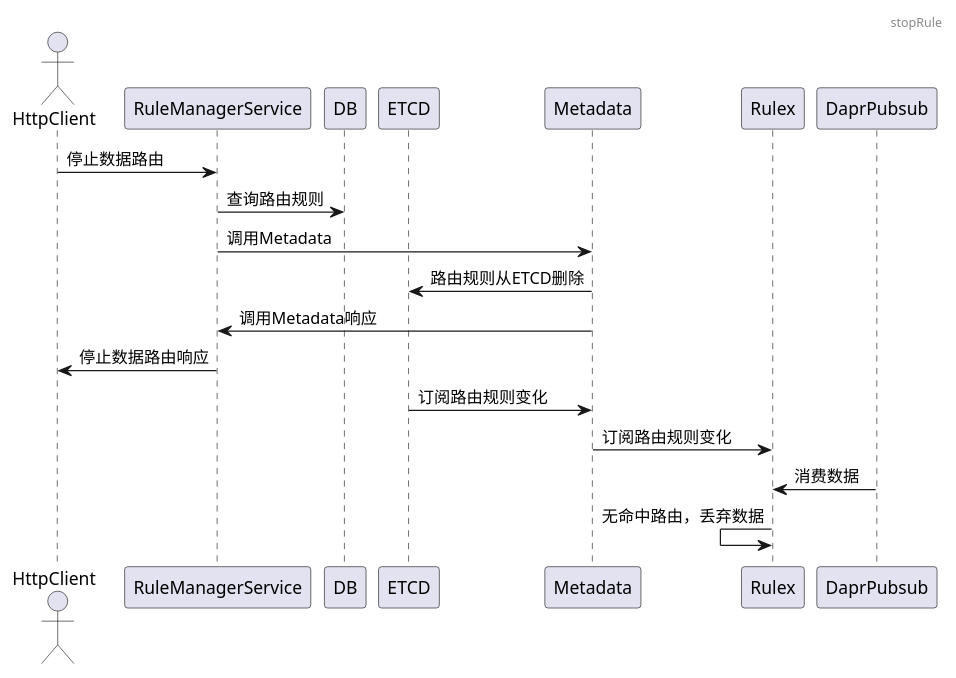
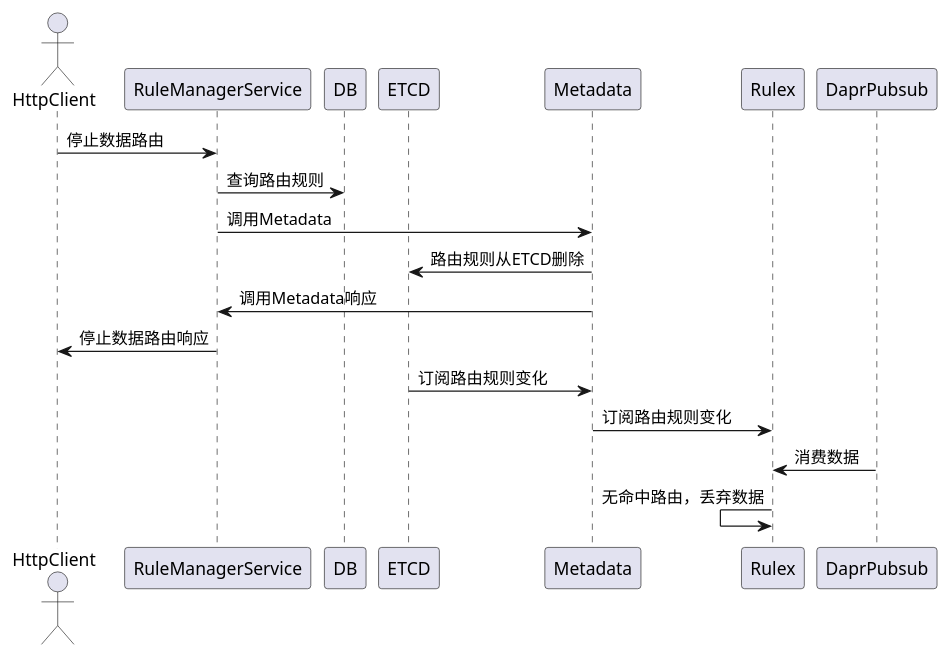
Before and after one commit to tkeel-io/docs: the fourth of 8 diagrams in docs/api/appendix/plantuml/rule_manager.md, drawn with PlantUML. The commit also changed other lines of this file and 2 other files, not shown here.

````diff
--- a/docs/api/appendix/plantuml/rule_manager.md
+++ b/docs/api/appendix/plantuml/rule_manager.md
@@ -56,24 +50,22 @@
 ```plantuml
 @startuml
-header stopRule
-
 actor HttpClient
 participant RuleManagerService
 participant DB
 participant ETCD
 participant Metadata
 participant Rulex
 participant DaprPubsub
 
 HttpClient->RuleManagerService:停止数据路由
 RuleManagerService->DB:查询路由规则
 RuleManagerService->Metadata:调用Metadata
 Metadata->ETCD:路由规则从ETCD删除
 RuleManagerService<-Metadata:调用Metadata响应
 HttpClient<-RuleManagerService:停止数据路由响应
 ETCD->Metadata:订阅路由规则变化
 Rulex<-Metadata:订阅路由规则变化
 Rulex<-DaprPubsub:消费数据
 Rulex<-Rulex:无命中路由，丢弃数据
 @enduml
 ```
````
